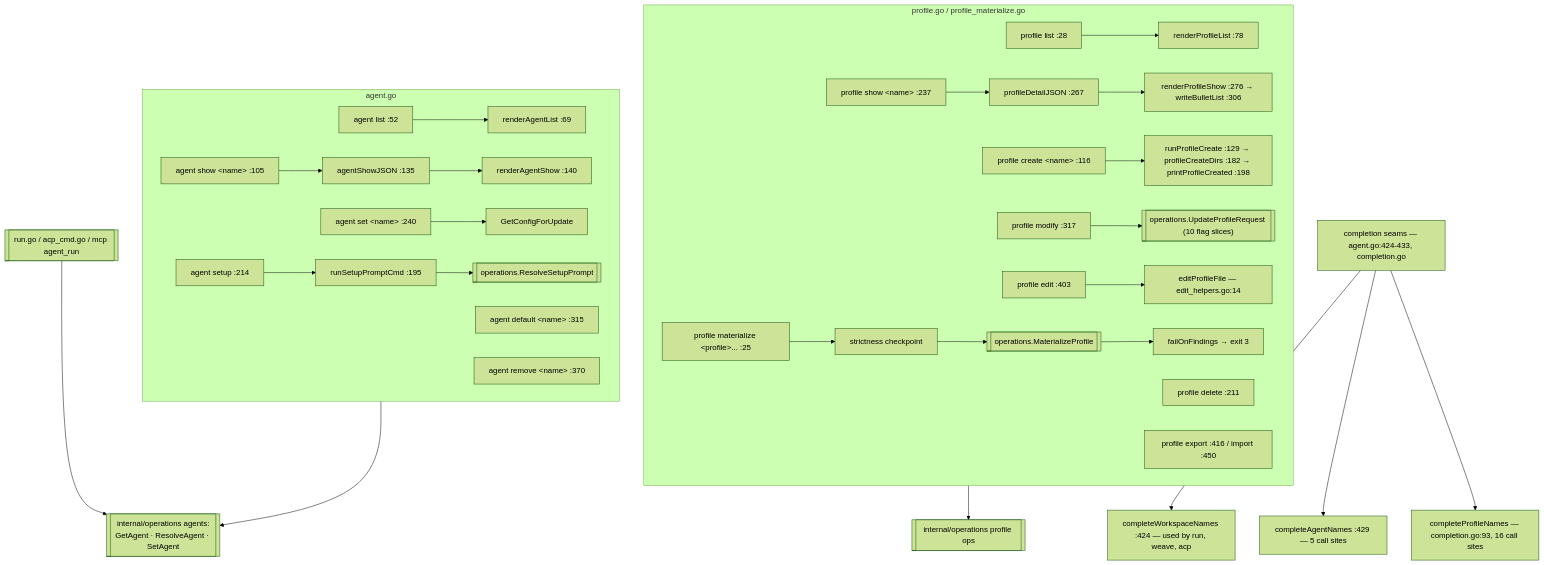
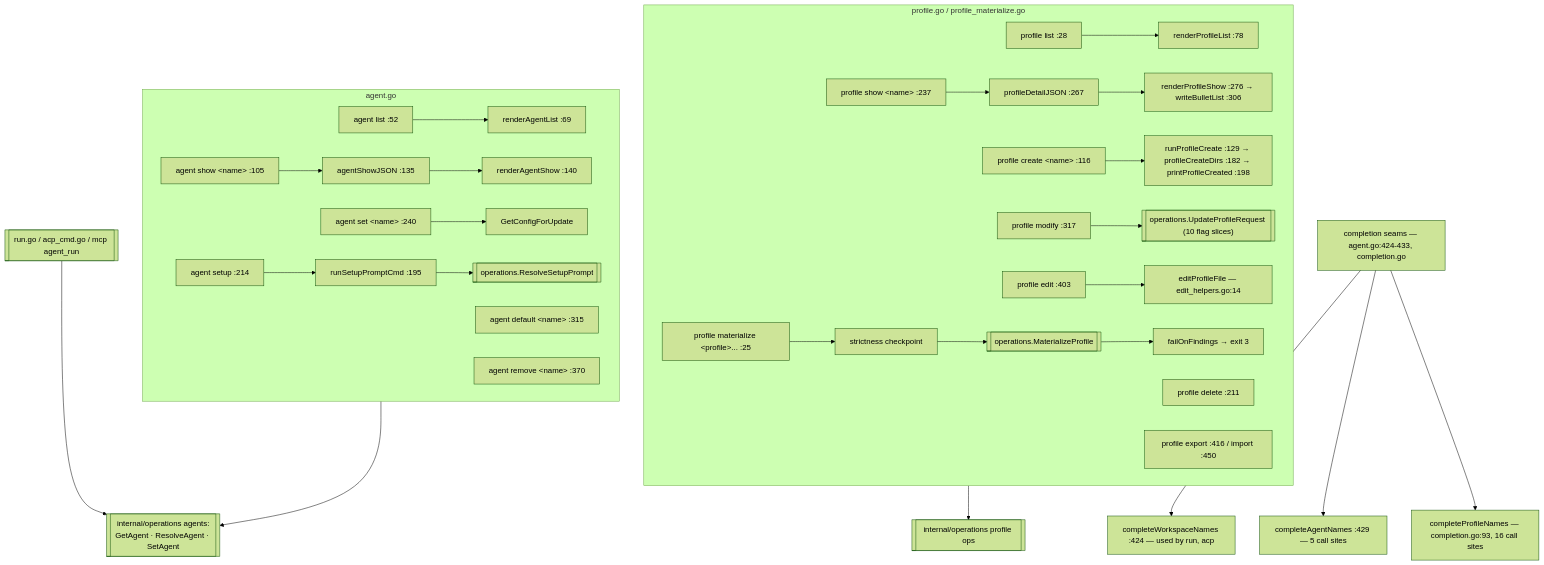
One commit to ctxloom/ctxloom changed the diagram in docs/architecture/cli/profiles-and-agents.md. Above: the diagram before and after it, drawn with Mermaid (forest theme). The commit also changed other lines of this file and 28 other files, not shown here.

````diff
--- a/docs/architecture/cli/profiles-and-agents.md
+++ b/docs/architecture/cli/profiles-and-agents.md
@@ -13,34 +13,34 @@
 ```mermaid
 flowchart TD
     subgraph prof["profile.go / profile_materialize.go"]
         PL["profile list :28"] --> RPL["renderProfileList :78"]
         PS["profile show &lt;name&gt; :237"] --> PDJ["profileDetailJSON :267"] --> RPS["renderProfileShow :276 → writeBulletList :306"]
         PC["profile create &lt;name&gt; :116"] --> RPC["runProfileCreate :129 → profileCreateDirs :182 → printProfileCreated :198"]
         PD["profile delete :211"]
         PM["profile modify :317"] --> UPR[["operations.UpdateProfileRequest (10 flag slices)"]]
         PE["profile edit :403"] --> EPF["editProfileFile — edit_helpers.go:14"]
         PX["profile export :416 / import :450"]
         PMAT["profile materialize &lt;profile&gt;... :25"] --> MARK["strictness checkpoint"] --> MP[["operations.MaterializeProfile"]] --> FOF["failOnFindings → exit 3"]
     end
 
     subgraph agent["agent.go"]
         AL["agent list :52"] --> RAL["renderAgentList :69"]
         AS["agent show &lt;name&gt; :105"] --> ASJ["agentShowJSON :135"] --> RAS["renderAgentShow :140"]
         ASET["agent set &lt;name&gt; :240"] --> GCU["GetConfigForUpdate"]
         ADEF["agent default &lt;name&gt; :315"]
         AREM["agent remove &lt;name&gt; :370"]
         ASETUP["agent setup :214"] --> RSPC["runSetupPromptCmd :195"] --> RSP[["operations.ResolveSetupPrompt"]]
     end
 
     OPSP[["internal/operations profile ops"]]
     OPSA[["internal/operations agents:<br/>GetAgent · ResolveAgent · SetAgent"]]
     prof --> OPSP
     agent --> OPSA
 
     COMP["completion seams — agent.go:424-433, completion.go"]
-    COMP --> CWN["completeWorkspaceNames :424 — used by run, weave, acp"]
+    COMP --> CWN["completeWorkspaceNames :424 — used by run, acp"]
     COMP --> CAN["completeAgentNames :429 — 5 call sites"]
     COMP --> CPN["completeProfileNames — completion.go:93, 16 call sites"]
 
     RUN[["run.go / acp_cmd.go / mcp agent_run"]] --> OPSA
 ```
````
